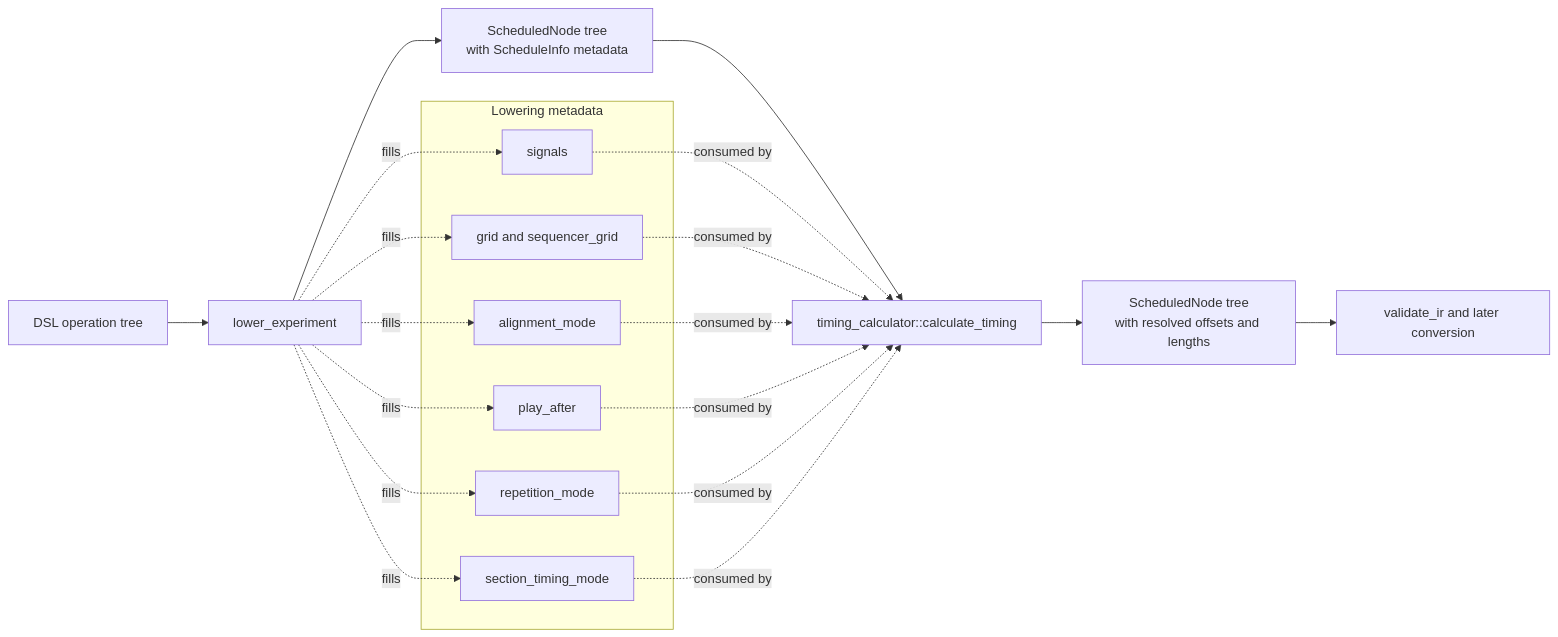
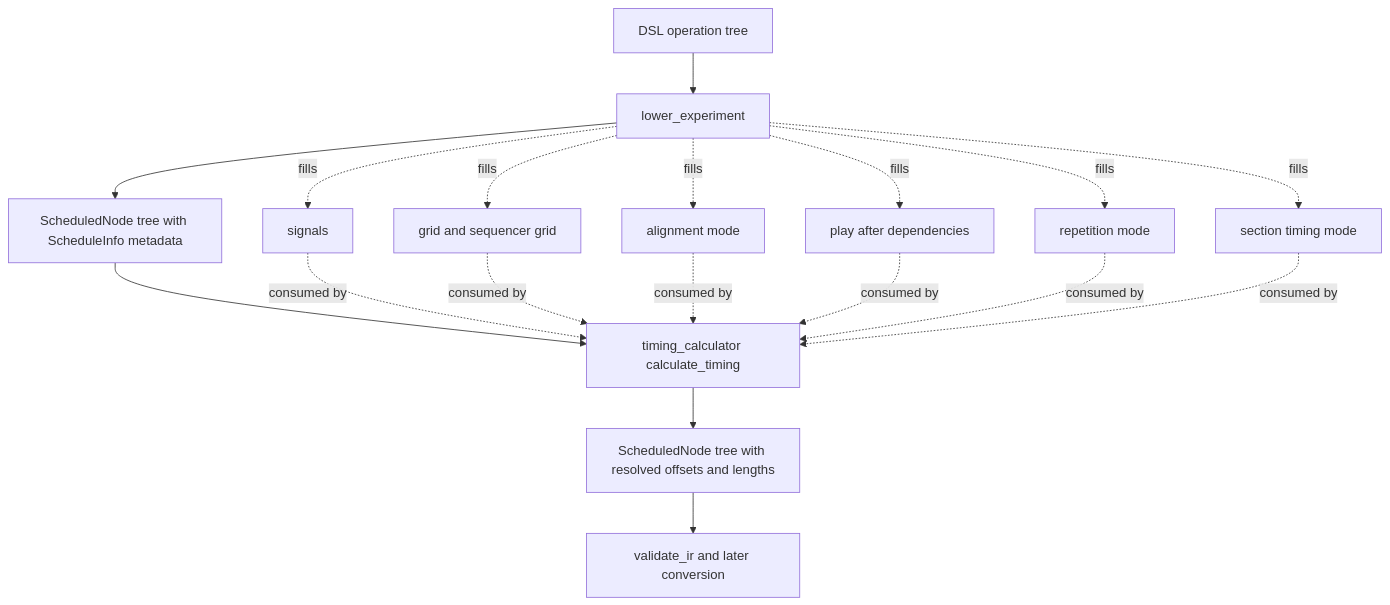
One commit to brianzi/laboneq-devguide changed the first of 11 diagrams in docs/04a-global-scheduling-implementation.md. Above: the diagram before and after it, drawn with Mermaid. The commit also changed other lines of this file, not shown here.

Commit message:
Fix scheduling Mermaid diagrams

````diff
--- a/docs/04a-global-scheduling-implementation.md
+++ b/docs/04a-global-scheduling-implementation.md
@@ -7,30 +7,22 @@
 ```mermaid
-graph LR
-    D[DSL operation tree] --> L[lower_experiment]
-    L --> S[ScheduledNode tree\nwith ScheduleInfo metadata]
-    S --> T[timing_calculator::calculate_timing]
-    T --> R[ScheduledNode tree\nwith resolved offsets and lengths]
-    R --> V[validate_ir and later conversion]
+flowchart TD
+    A["DSL operation tree"] --> B["lower_experiment"]
+    B --> C["ScheduledNode tree with ScheduleInfo metadata"]
+    C --> D["timing_calculator calculate_timing"]
+    D --> E["ScheduledNode tree with resolved offsets and lengths"]
+    E --> F["validate_ir and later conversion"]
 
-    subgraph Lowering metadata
-        M1[signals]
-        M2[grid and sequencer_grid]
-        M3[alignment_mode]
-        M4[play_after]
-        M5[repetition_mode]
-        M6[section_timing_mode]
-    end
+    B -. "fills" .-> G["signals"]
+    B -. "fills" .-> H["grid and sequencer grid"]
+    B -. "fills" .-> I["alignment mode"]
+    B -. "fills" .-> J["play after dependencies"]
+    B -. "fills" .-> K["repetition mode"]
+    B -. "fills" .-> L["section timing mode"]
 
-    L -. fills .-> M1
-    L -. fills .-> M2
-    L -. fills .-> M3
-    L -. fills .-> M4
-    L -. fills .-> M5
-    L -. fills .-> M6
-    M1 -. consumed by .-> T
-    M2 -. consumed by .-> T
-    M3 -. consumed by .-> T
-    M4 -. consumed by .-> T
-    M5 -. consumed by .-> T
-    M6 -. consumed by .-> T
+    G -. "consumed by" .-> D
+    H -. "consumed by" .-> D
+    I -. "consumed by" .-> D
+    J -. "consumed by" .-> D
+    K -. "consumed by" .-> D
+    L -. "consumed by" .-> D
 ```
````
